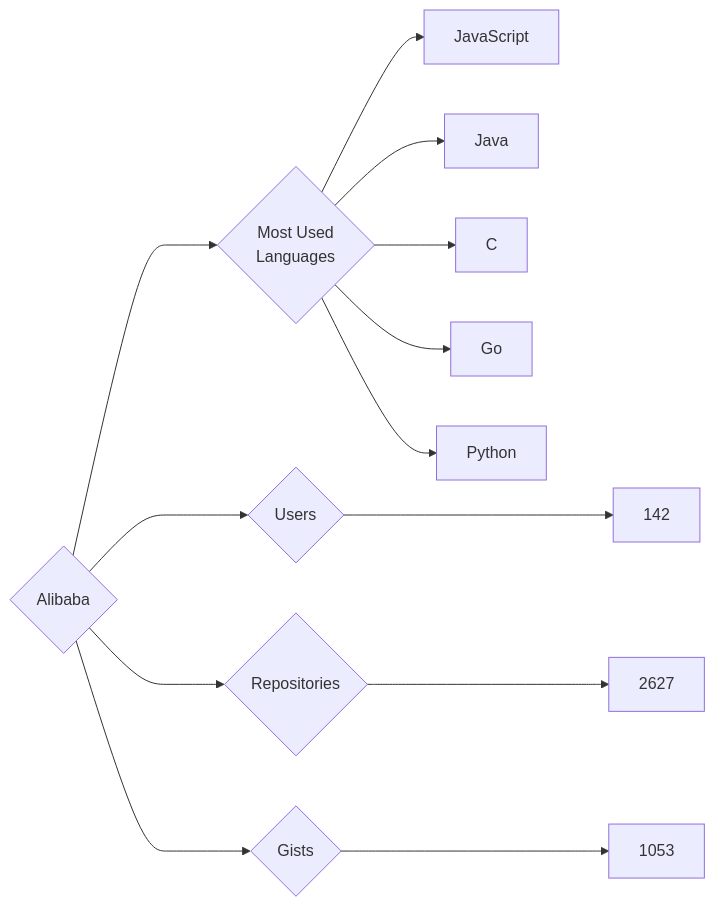
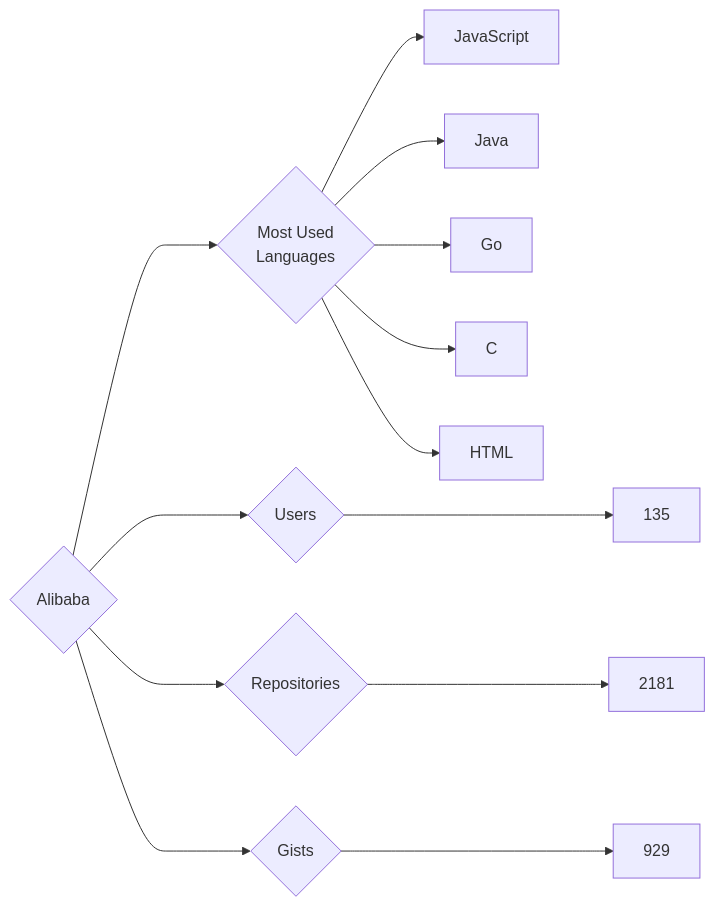
One commit to trickest/insiders changed the diagram in targets/Alibaba/README.md. Above: the diagram before and after it, drawn with Mermaid. The commit also changed 870 other files, not shown here.

````diff
--- a/targets/Alibaba/README.md
+++ b/targets/Alibaba/README.md
@@ -3,13 +3,13 @@
 ```mermaid
 graph LR
 COMPANY_NAME{Alibaba}
-COMPANY_NAME ---> U{Users} ---> UN[142]
-COMPANY_NAME ---> R{Repositories} ---> RN[2627]
-COMPANY_NAME ---> G{Gists} ---> GN[1053]
+COMPANY_NAME ---> U{Users} ---> UN[135]
+COMPANY_NAME ---> R{Repositories} ---> RN[2181]
+COMPANY_NAME ---> G{Gists} ---> GN[929]
 COMPANY_NAME ---> ML{Most Used<br>Languages}
 ML --> JavaScript[JavaScript]
 ML --> Java[Java]
+ML --> Go[Go]
 ML --> C[C]
-ML --> Go[Go]
-ML --> Python[Python]
+ML --> HTML[HTML]
 ```
````
